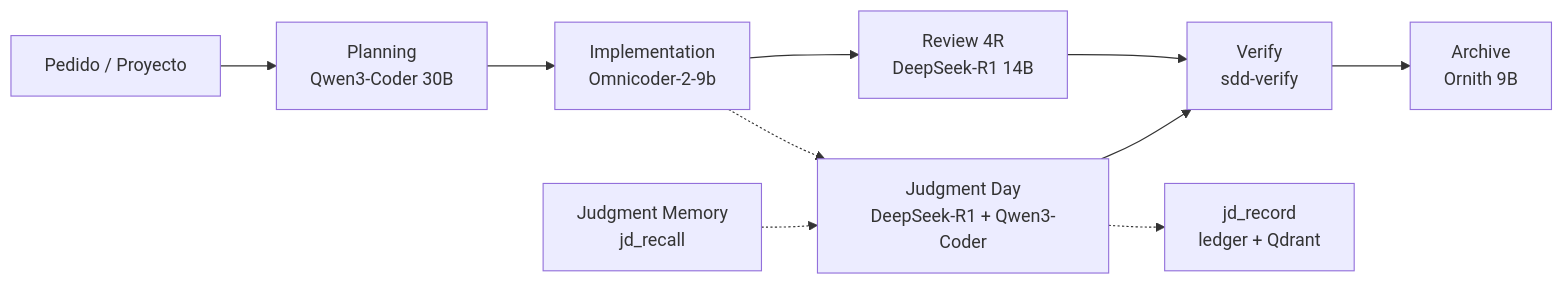
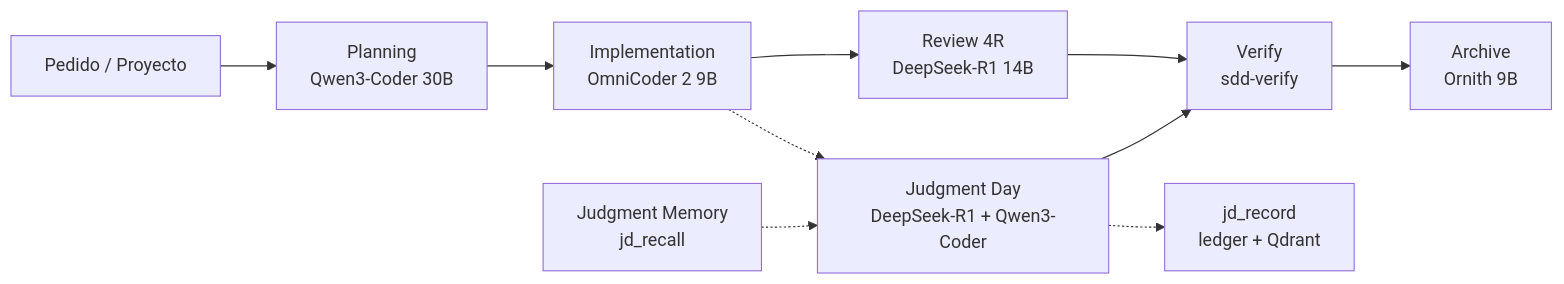
One commit to gastoncelestino/tony-ai changed the first of 2 diagrams in README.md. Above: the diagram before and after it, drawn with Mermaid. The commit also changed other lines of this file and 1 other file, not shown here.

````diff
--- a/README.md
+++ b/README.md
@@ -28,17 +28,17 @@
 ```mermaid
 flowchart LR
     U["Pedido / Proyecto"]
     P["Planning<br/>Qwen3-Coder 30B"]
-    I["Implementation<br/>Omnicoder-2-9b"]
+    I["Implementation<br/>OmniCoder 2 9B"]
     R["Review 4R<br/>DeepSeek-R1 14B"]
     V["Verify<br/>sdd-verify"]
     A["Archive<br/>Ornith 9B"]
 
     U --> P --> I --> R --> V --> A
 
     I -.-> JD["Judgment Day<br/>DeepSeek-R1 + Qwen3-Coder"]
     JD --> V
 
     JDM["Judgment Memory<br/>jd_recall"] -.-> JD
     JD -.-> JDR["jd_record<br/>ledger + Qdrant"]
 ```
````
